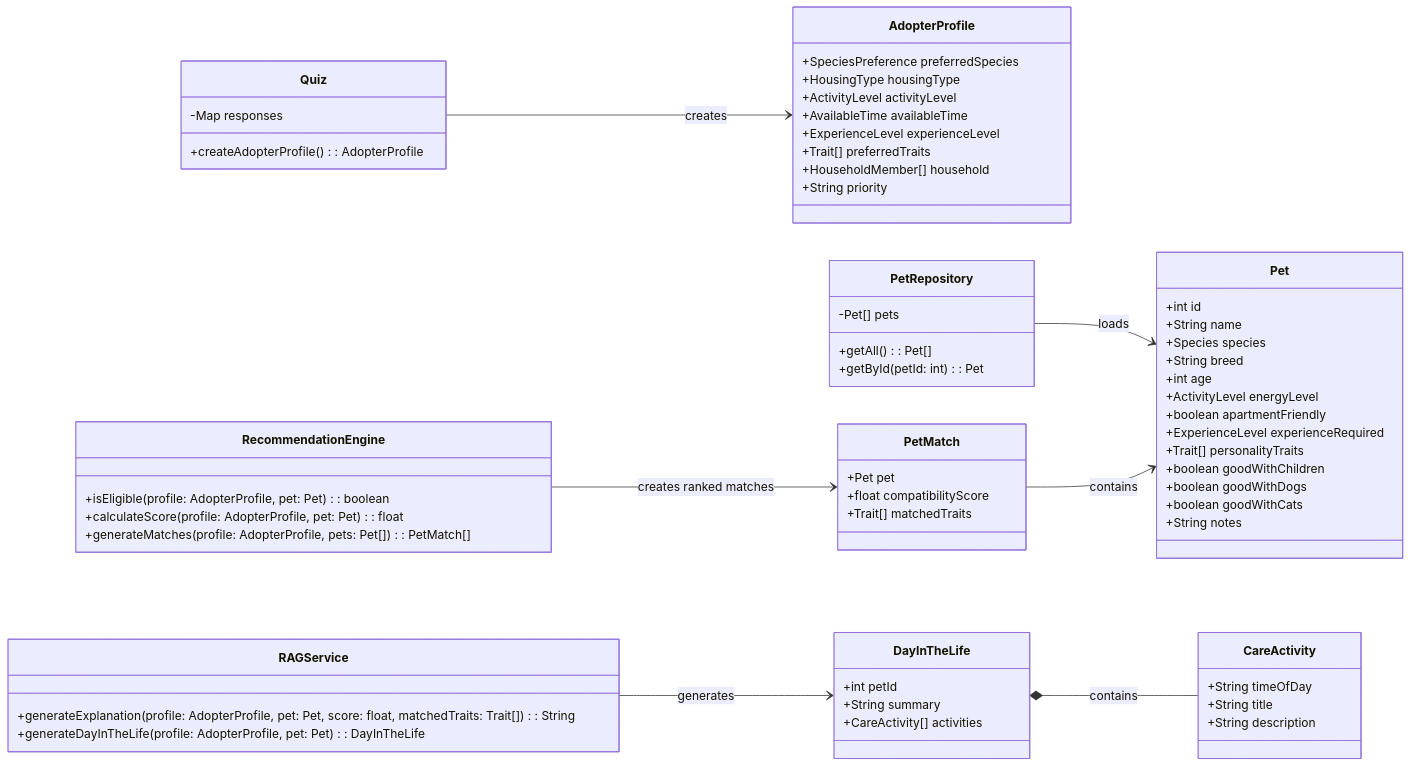
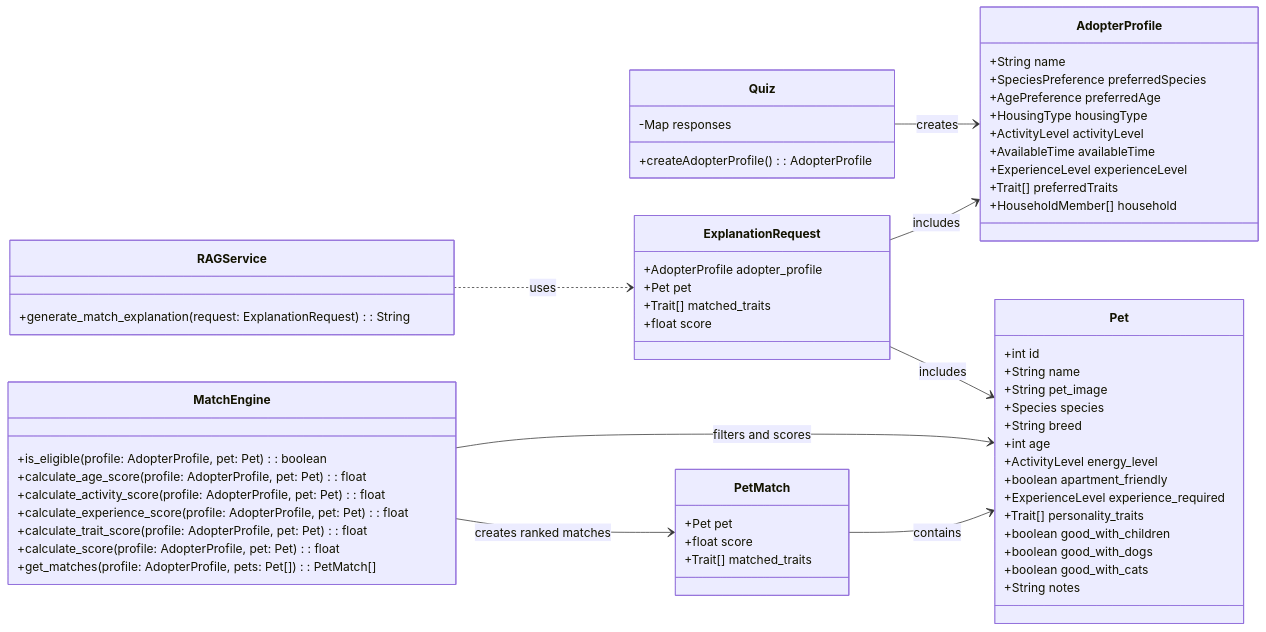
The diagram in diagrams/class-diagram.mmd (jreese14/pawpair-ai), drawn with Mermaid before and after one commit. The commit also changed 6 other files, not shown here.

Commit message:
Refactor RAGService and update diagrams based on system design changes

```diff
--- a/diagrams/class-diagram.mmd
+++ b/diagrams/class-diagram.mmd
@@ -1,76 +1,71 @@
 classDiagram
     direction LR
 
     class Quiz {
         -Map responses
         +createAdopterProfile() : AdopterProfile
     }
 
     class AdopterProfile {
+        +String name
         +SpeciesPreference preferredSpecies
+        +AgePreference preferredAge
         +HousingType housingType
         +ActivityLevel activityLevel
         +AvailableTime availableTime
         +ExperienceLevel experienceLevel
         +Trait[] preferredTraits
         +HouseholdMember[] household
-        +String priority
     }
 
-    class RecommendationEngine {
-        +isEligible(profile: AdopterProfile, pet: Pet) : boolean
-        +calculateScore(profile: AdopterProfile, pet: Pet) : float
-        +generateMatches(profile: AdopterProfile, pets: Pet[]) : PetMatch[]
-    }
-
-    class PetRepository {
-        -Pet[] pets
-        +getAll() : Pet[]
-        +getById(petId: int) : Pet
+    class MatchEngine {
+        +is_eligible(profile: AdopterProfile, pet: Pet) : boolean
+        +calculate_age_score(profile: AdopterProfile, pet: Pet) : float
+        +calculate_activity_score(profile: AdopterProfile, pet: Pet) : float
+        +calculate_experience_score(profile: AdopterProfile, pet: Pet) : float
+        +calculate_trait_score(profile: AdopterProfile, pet: Pet) : float
+        +calculate_score(profile: AdopterProfile, pet: Pet) : float
+        +get_matches(profile: AdopterProfile, pets: Pet[]) : PetMatch[]
     }
 
     class Pet {
         +int id
         +String name
+        +String pet_image
         +Species species
         +String breed
         +int age
-        +ActivityLevel energyLevel
-        +boolean apartmentFriendly
-        +ExperienceLevel experienceRequired
-        +Trait[] personalityTraits
-        +boolean goodWithChildren
-        +boolean goodWithDogs
-        +boolean goodWithCats
+        +ActivityLevel energy_level
+        +boolean apartment_friendly
+        +ExperienceLevel experience_required
+        +Trait[] personality_traits
+        +boolean good_with_children
+        +boolean good_with_dogs
+        +boolean good_with_cats
         +String notes
     }
 
     class PetMatch {
         +Pet pet
-        +float compatibilityScore
-        +Trait[] matchedTraits
+        +float score
+        +Trait[] matched_traits
     }
 
     class RAGService {
-        +generateExplanation(profile: AdopterProfile, pet: Pet, score: float, matchedTraits: Trait[]) : String
-        +generateDayInTheLife(profile: AdopterProfile, pet: Pet) : DayInTheLife
+        +generate_match_explanation(request: ExplanationRequest) : String
     }
 
-    class DayInTheLife {
-        +int petId
-        +String summary
-        +CareActivity[] activities
-    }
-
-    class CareActivity {
-        +String timeOfDay
-        +String title
-        +String description
+    class ExplanationRequest {
+        +AdopterProfile adopter_profile
+        +Pet pet
+        +Trait[] matched_traits
+        +float score
     }
 
     Quiz --> AdopterProfile : creates
-    RecommendationEngine --> PetMatch : creates ranked matches
-    PetRepository --> Pet : loads
+    MatchEngine --> PetMatch : creates ranked matches
+    MatchEngine --> Pet : filters and scores
     PetMatch --> Pet : contains
-    RAGService --> DayInTheLife : generates
-    DayInTheLife *-- CareActivity : contains
+    RAGService ..> ExplanationRequest : uses
+    ExplanationRequest --> Pet : includes
+    ExplanationRequest --> AdopterProfile : includes
```
